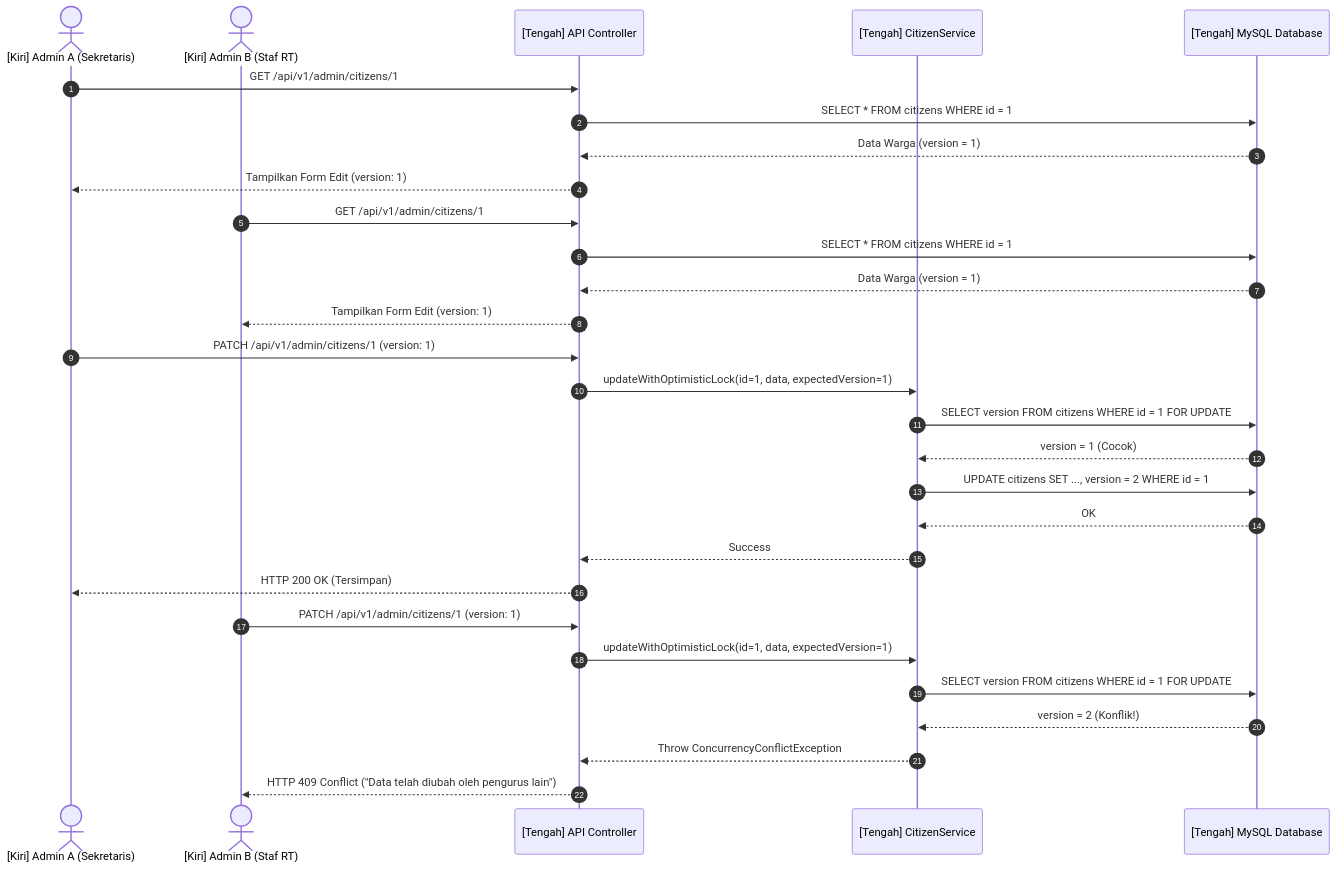
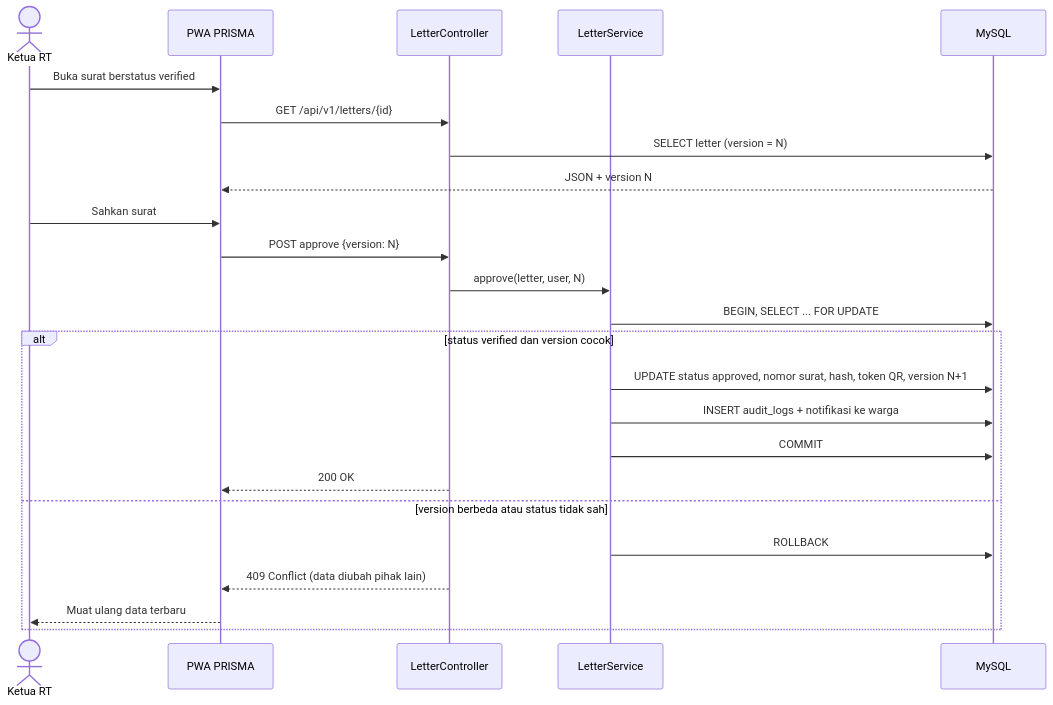
The ninth of 10 diagrams in docs/design/DIAGRAMS.md (not162/platform-layanan-publik-warga), drawn with Mermaid before and after one commit. The commit also changed other lines of this file and 2 other files, not shown here.

First line of the commit message:
docs(diagrams): regenerate ERD/LRS from schema, update use case, activity, UML diagrams for PRISMA redesign

````diff
--- a/docs/design/DIAGRAMS.md
+++ b/docs/design/DIAGRAMS.md
@@ -12,35 +734,26 @@
 ```mermaid
 sequenceDiagram
-    autonumber
-    actor Admin1 as [Kiri] Admin A (Sekretaris)
-    actor Admin2 as [Kiri] Admin B (Staf RT)
-    participant API as [Tengah] API Controller
-    participant Svc as [Tengah] CitizenService
-    participant DB as [Tengah] MySQL Database
-
-    Admin1->>API: GET /api/v1/admin/citizens/1
-    API->>DB: SELECT * FROM citizens WHERE id = 1
-    DB-->>API: Data Warga (version = 1)
-    API-->>Admin1: Tampilkan Form Edit (version: 1)
-
-    Admin2->>API: GET /api/v1/admin/citizens/1
-    API->>DB: SELECT * FROM citizens WHERE id = 1
-    DB-->>API: Data Warga (version = 1)
-    API-->>Admin2: Tampilkan Form Edit (version: 1)
-
-    Admin1->>API: PATCH /api/v1/admin/citizens/1 (version: 1)
-    API->>Svc: updateWithOptimisticLock(id=1, data, expectedVersion=1)
-    Svc->>DB: SELECT version FROM citizens WHERE id = 1 FOR UPDATE
-    DB-->>Svc: version = 1 (Cocok)
-    Svc->>DB: UPDATE citizens SET ..., version = 2 WHERE id = 1
-    DB-->>Svc: OK
-    Svc-->>API: Success
-    API-->>Admin1: HTTP 200 OK (Tersimpan)
-
-    Admin2->>API: PATCH /api/v1/admin/citizens/1 (version: 1)
-    API->>Svc: updateWithOptimisticLock(id=1, data, expectedVersion=1)
-    Svc->>DB: SELECT version FROM citizens WHERE id = 1 FOR UPDATE
-    DB-->>Svc: version = 2 (Konflik!)
-    Svc-->>API: Throw ConcurrencyConflictException
-    API-->>Admin2: HTTP 409 Conflict ("Data telah diubah oleh pengurus lain")
+    actor K as Ketua RT
+    participant UI as PWA PRISMA
+    participant C as LetterController
+    participant S as LetterService
+    participant DB as MySQL
+    K->>UI: Buka surat berstatus verified
+    UI->>C: GET /api/v1/letters/{id}
+    C->>DB: SELECT letter (version = N)
+    DB-->>UI: JSON + version N
+    K->>UI: Sahkan surat
+    UI->>C: POST approve {version: N}
+    C->>S: approve(letter, user, N)
+    S->>DB: BEGIN, SELECT ... FOR UPDATE
+    alt status verified dan version cocok
+        S->>DB: UPDATE status approved, nomor surat, hash, token QR, version N+1
+        S->>DB: INSERT audit_logs + notifikasi ke warga
+        S->>DB: COMMIT
+        C-->>UI: 200 OK
+    else version berbeda atau status tidak sah
+        S->>DB: ROLLBACK
+        C-->>UI: 409 Conflict (data diubah pihak lain)
+        UI-->>K: Muat ulang data terbaru
+    end
 ```
````
